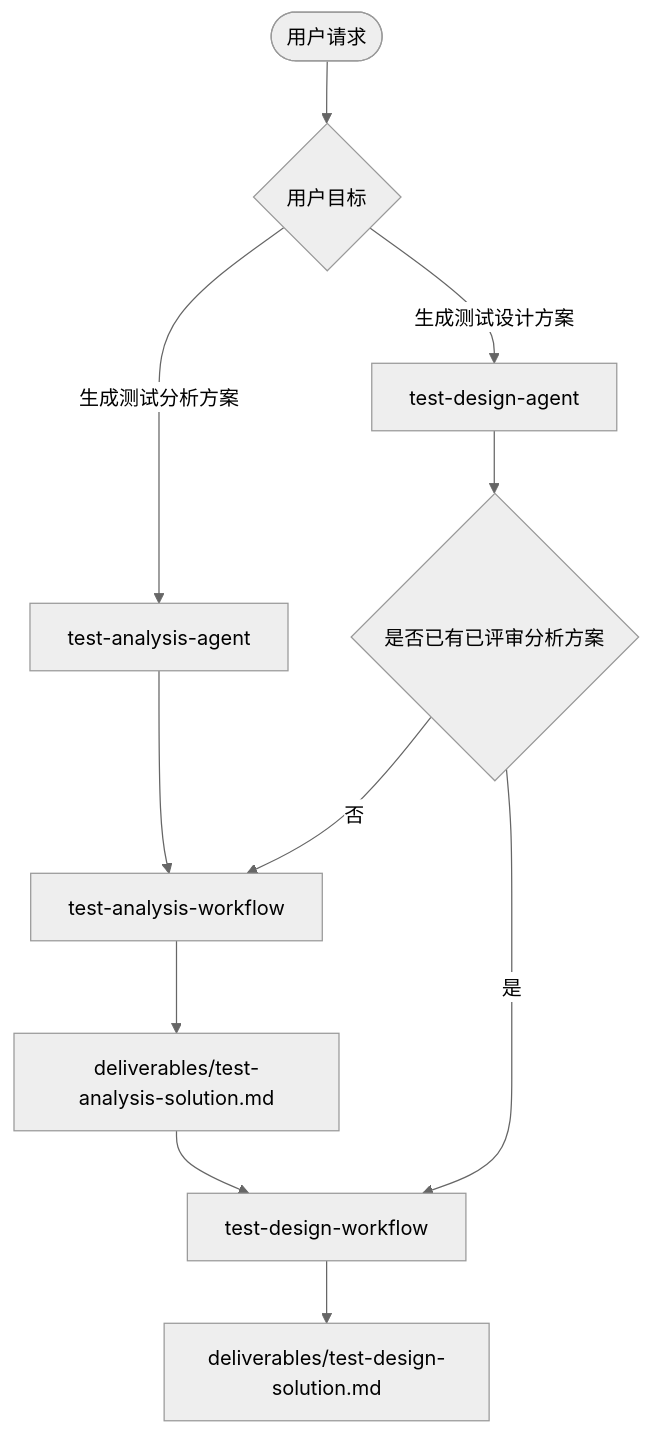
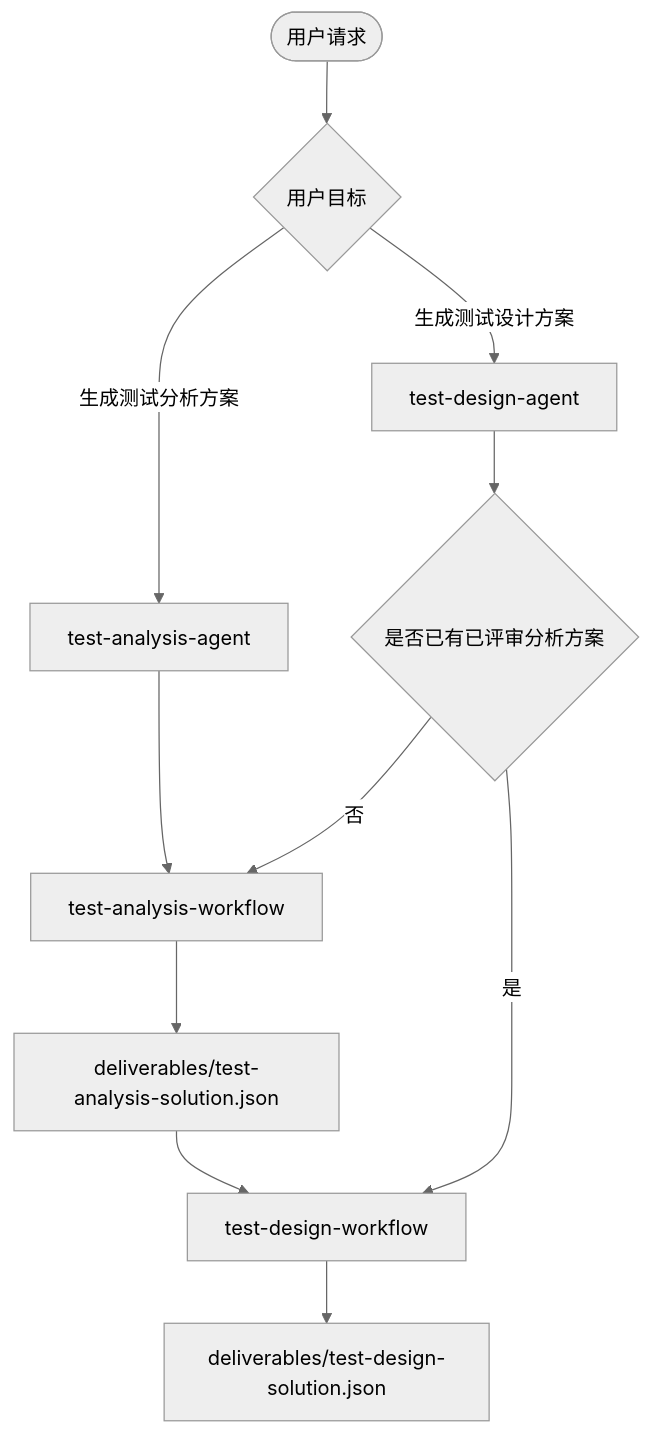
Before and after one commit to szluoqy-byte/Test-Analysis-Agent-MM: the first of 2 diagrams in docs/test-analysis-agent-design.md, drawn with Mermaid (neutral theme). The commit also changed other lines of this file and 121 other files, not shown here.

````diff
--- a/docs/test-analysis-agent-design.md
+++ b/docs/test-analysis-agent-design.md
@@ -92,14 +92,14 @@
 ```mermaid
 flowchart TD
   request([用户请求])
   request --> intent{用户目标}
   intent -- 生成测试分析方案 --> analysisAgent[test-analysis-agent]
   intent -- 生成测试设计方案 --> designAgent[test-design-agent]
   analysisAgent --> analysisSkill[test-analysis-workflow]
-  analysisSkill --> analysisOutput[deliverables/test-analysis-solution.md]
+  analysisSkill --> analysisOutput[deliverables/test-analysis-solution.json]
   designAgent --> hasAnalysis{是否已有已评审分析方案}
   hasAnalysis -- 否 --> analysisSkill
   hasAnalysis -- 是 --> designSkill[test-design-workflow]
   analysisOutput --> designSkill
-  designSkill --> designOutput[deliverables/test-design-solution.md]
+  designSkill --> designOutput[deliverables/test-design-solution.json]
 ```
````
